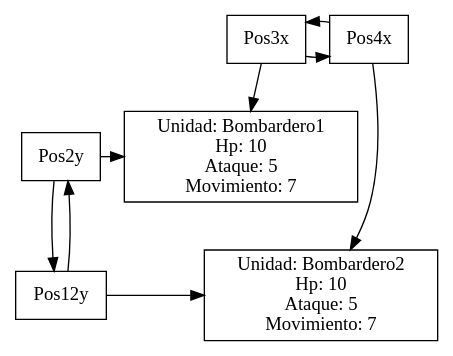
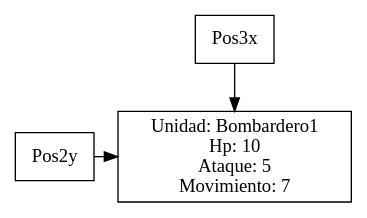
The diagram in Proyecto/ProyectServer/ProyectServer/grafos/nivel3.dot (Albercharlei/EDD_200815533), drawn with Graphviz before and after one commit. The commit also changed 45 other files, not shown here.

```diff
--- a/Proyecto/ProyectServer/ProyectServer/grafos/nivel3.dot
+++ b/Proyecto/ProyectServer/ProyectServer/grafos/nivel3.dot
@@ -1,21 +1,10 @@
 Digraph nivel3{
 Rankdir=TD
-node [shape =rectangle]{rank=min;Pos3x [label="Pos3x"];
-Pos4x [label="Pos4x"]};
-Pos3x -> Pos4x;
-Pos4x -> Pos3x;
+node [shape =rectangle]{rank=min;Pos3x [label="Pos3x"]};
 {rank=same;Pos2y [label="Pos2y"];UnitBombardero132 [label="Unidad: Bombardero1
 Hp: 10
 Ataque: 5
 Movimiento: 7"]};
-{rank=same;Pos12y [label="Pos12y"];UnitBombardero2412 [label="Unidad: Bombardero2
-Hp: 10
-Ataque: 5
-Movimiento: 7"]};
 Pos3x -> UnitBombardero132;
-Pos4x -> UnitBombardero2412;
-Pos2y -> Pos12y;
-Pos12y -> Pos2y;
 Pos2y -> UnitBombardero132;
-Pos12y -> UnitBombardero2412;
 }
```
